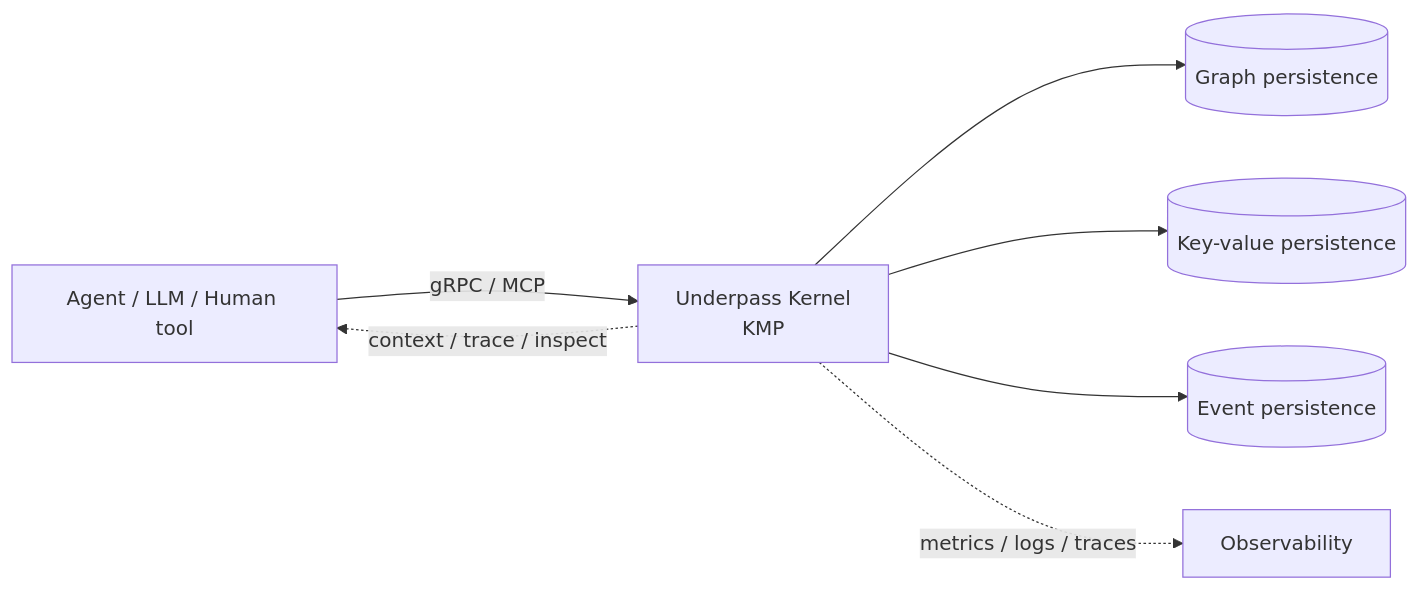
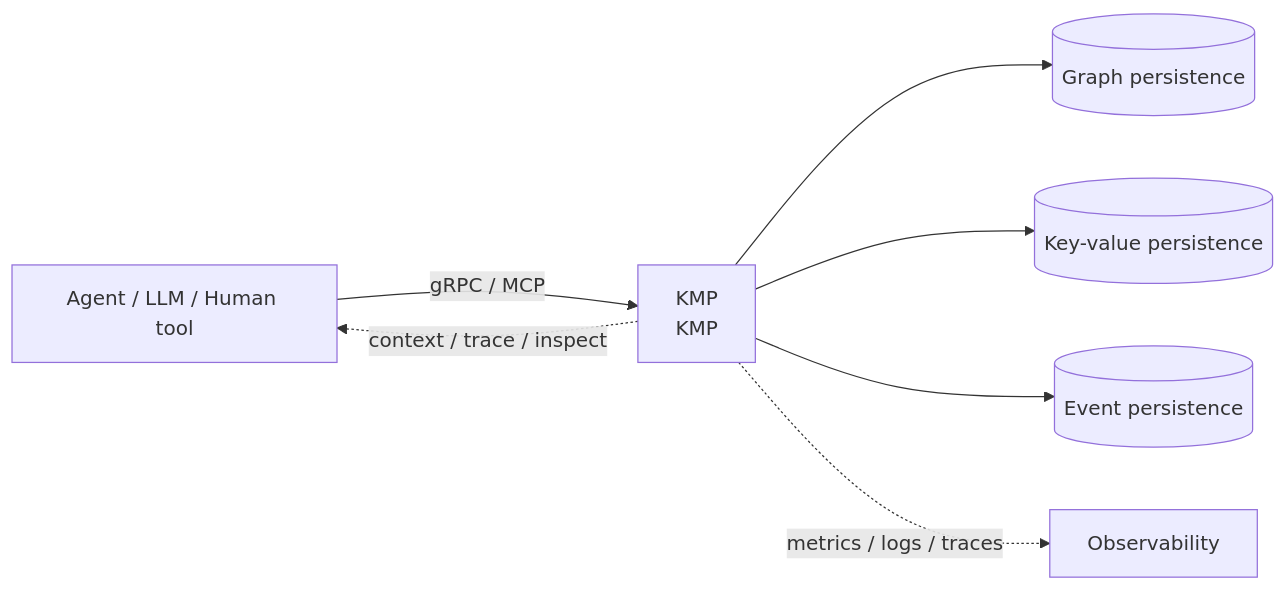
The first of 3 diagrams in README.md (underpass-ai/kmp), drawn with Mermaid before and after one commit. The commit also changed other lines of this file and 983 other files, not shown here.

First line of the commit message:
refactor: rename the project to KMP by Underpass

````diff
--- a/README.md
+++ b/README.md
@@ -68,11 +67,11 @@
 ```mermaid
 graph LR
-    A[Agent / LLM / Human tool] -- gRPC / MCP --> K[Underpass Kernel<br/>KMP]
+    A[Agent / LLM / Human tool] -- gRPC / MCP --> K[KMP<br/>KMP]
     K -. context / trace / inspect .-> A
 
     K --> GP[(Graph persistence)]
     K --> KV[(Key-value persistence)]
     K --> ES[(Event persistence)]
 
     K -. metrics / logs / traces .-> O[Observability]
 ```
````
